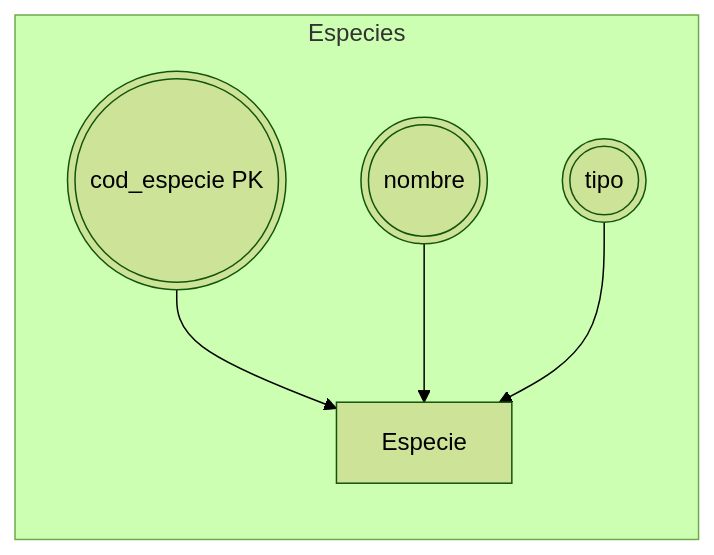
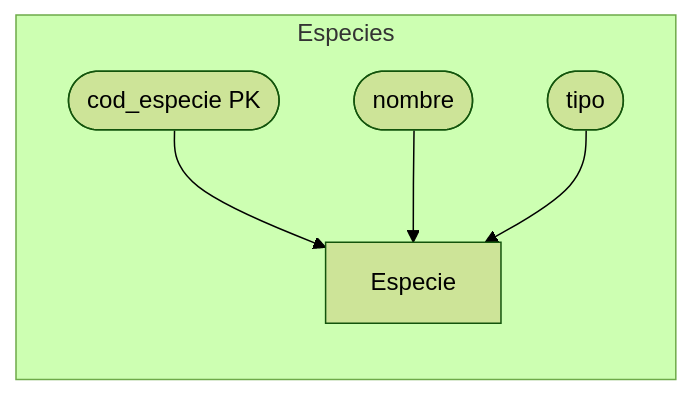
The second of 7 diagrams in DataBases/lonja_DB.md (JulTob/Data), drawn with Mermaid (forest theme) before and after one commit. The commit also changed other lines of this file, not shown here.

````diff
--- a/DataBases/lonja_DB.md
+++ b/DataBases/lonja_DB.md
@@ -160,11 +160,11 @@
 ```mermaid
 flowchart LR   
 
   %% Atributos ESPECIE
   subgraph Especies
-  cod_especie(((cod_especie PK))):::atributo --> Especie
-  nombre_especie(((nombre))):::atributo --> Especie
-  tipo_especie(((tipo))):::atributo --> Especie
+  cod_especie([cod_especie PK]):::atributo --> Especie
+  nombre_especie([nombre]):::atributo --> Especie
+  tipo_especie([tipo]):::atributo --> Especie
   end
 
 ```
````
